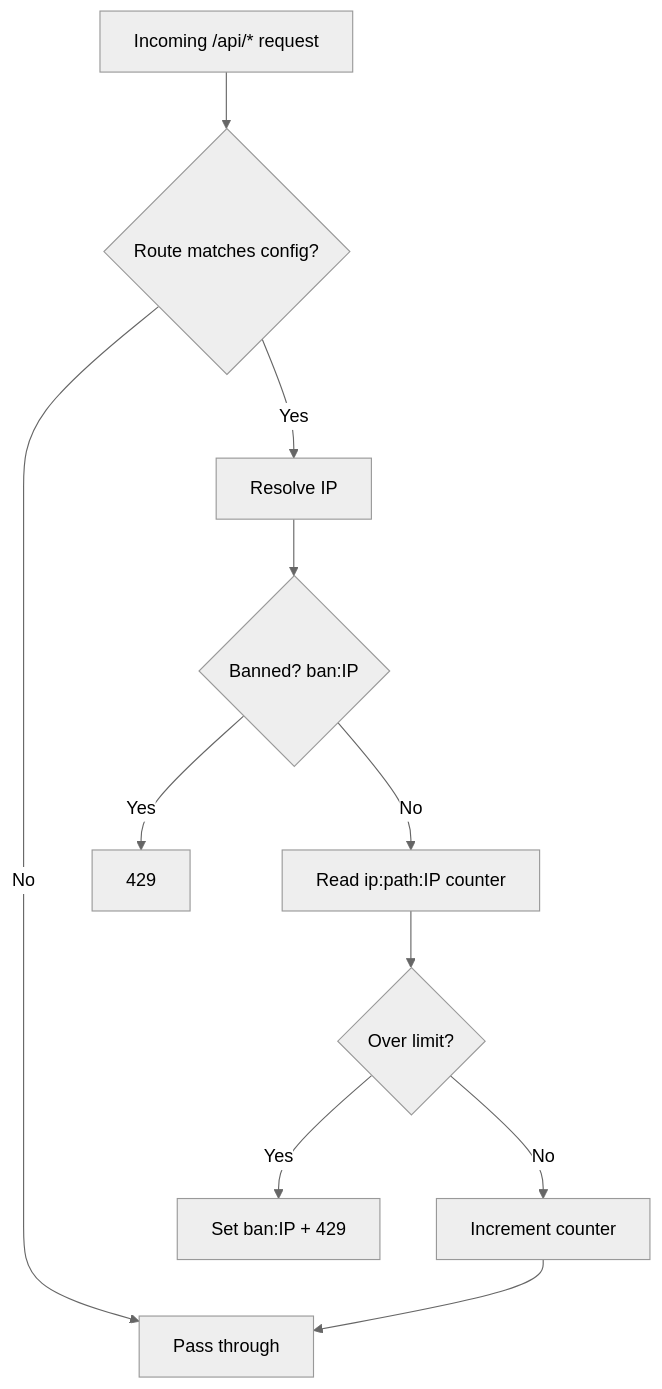
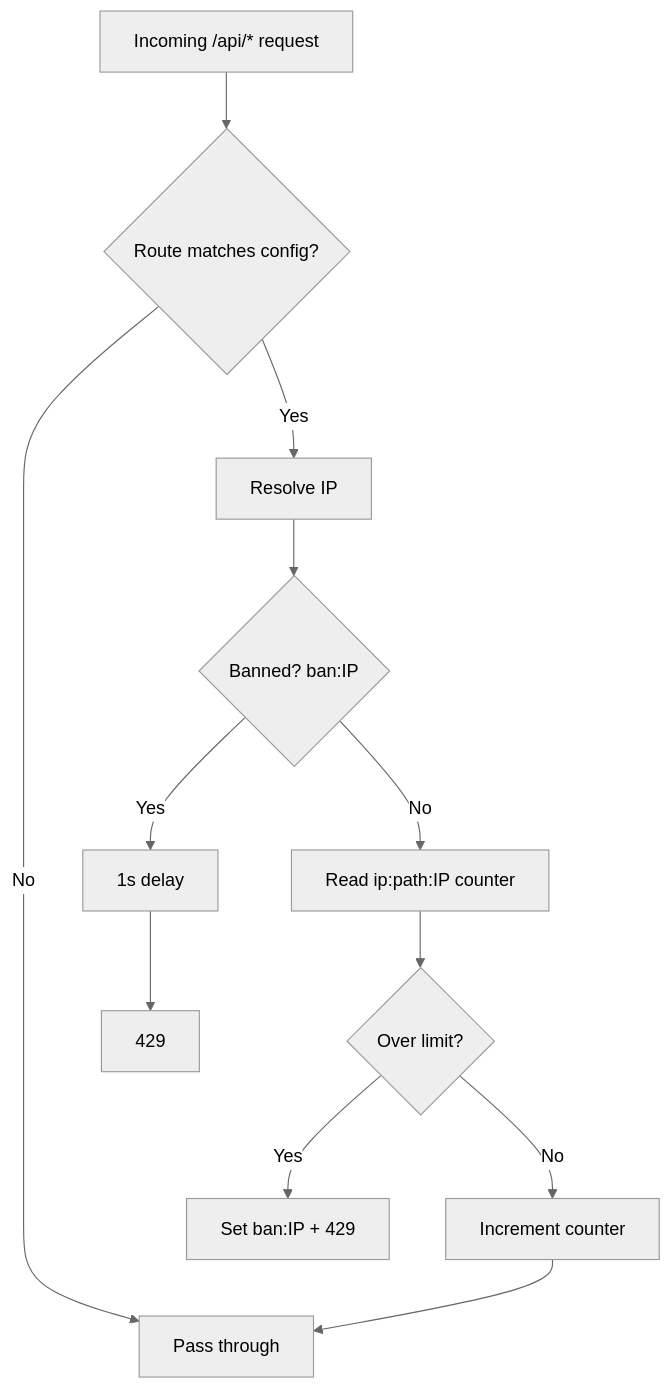
The diagram in docs/REVIEW-FINDINGS.md (rrd108/nuxt-api-shield), drawn with Mermaid (neutral theme) before and after one commit. The commit also changed other lines of this file and 7 other files, not shown here.

````diff
--- a/docs/REVIEW-FINDINGS.md
+++ b/docs/REVIEW-FINDINGS.md
@@ -66,13 +51,13 @@
 ```mermaid
 flowchart TD
     A[Incoming /api/* request] --> B{Route matches config?}
     B -->|No| Z[Pass through]
     B -->|Yes| C[Resolve IP]
     C --> D{Banned? ban:IP}
-    D -->|Yes| E[429]
+    D -->|Yes| H1[1s delay] --> E[429]
     D -->|No| F[Read ip:path:IP counter]
     F --> G{Over limit?}
     G -->|Yes| H[Set ban:IP + 429]
     G -->|No| I[Increment counter]
     I --> Z
 ```
````
